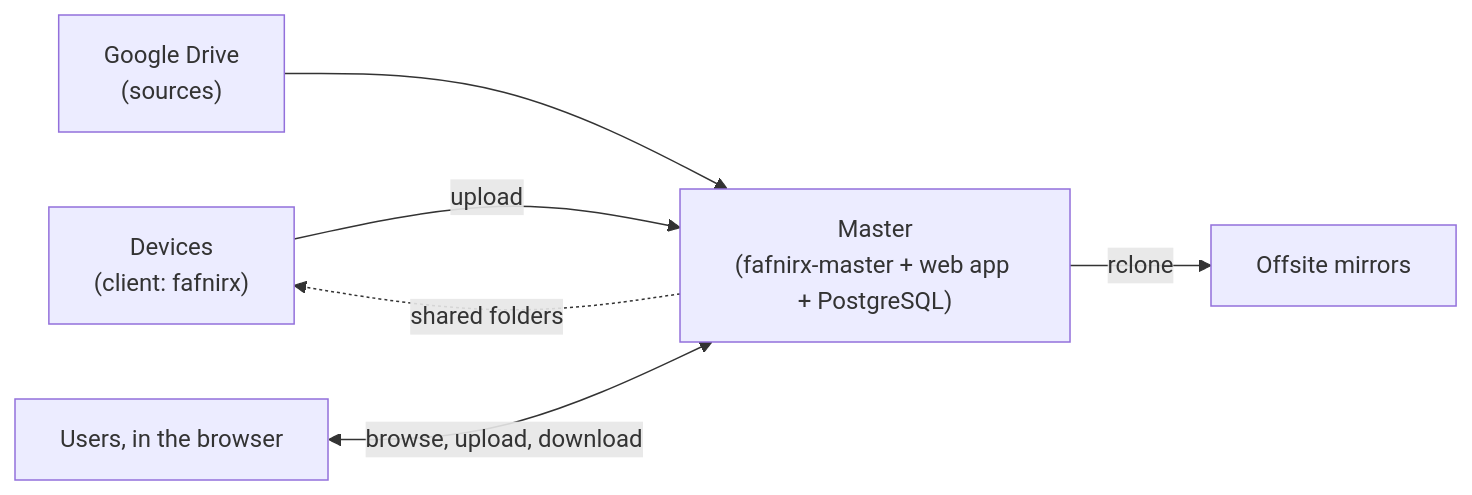
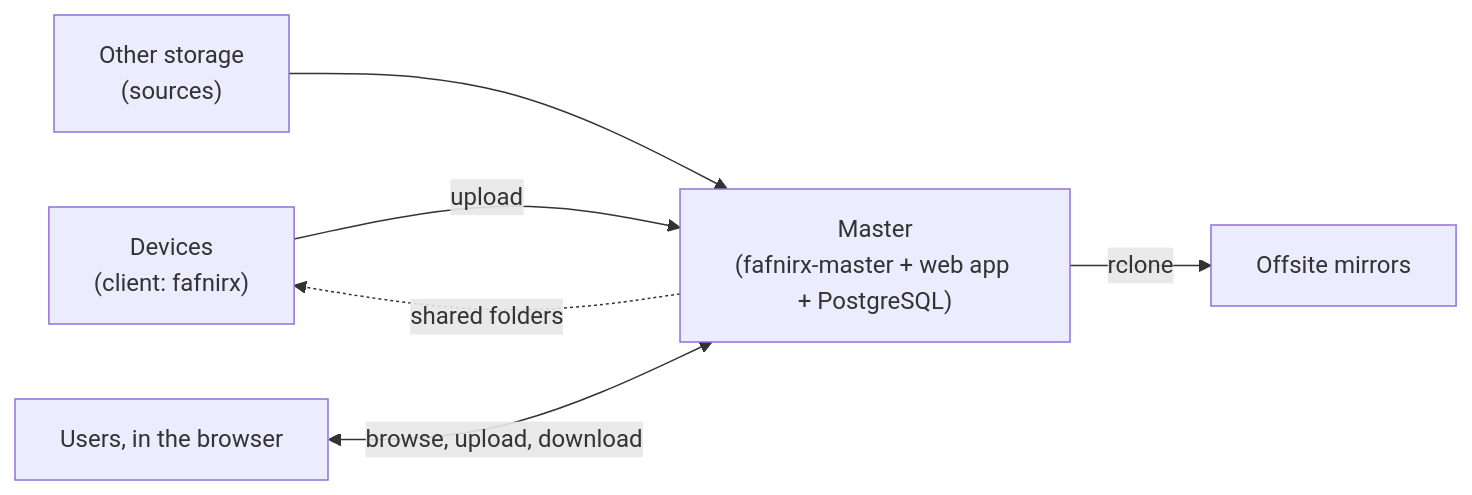
One commit to jameelhamdan/fafnirx changed the diagram in README.md. Above: the diagram before and after it, drawn with Mermaid. The commit also changed other lines of this file and 113 other files, not shown here.

````diff
--- a/README.md
+++ b/README.md
@@ -7,8 +7,8 @@
 ```mermaid
 flowchart LR
     D["Devices<br/>(client: fafnirx)"] -->|"upload"| M["Master<br/>(fafnirx-master + web app + PostgreSQL)"]
     M -.->|"shared folders"| D
-    G["Google Drive<br/>(sources)"] --> M
+    G["Other storage<br/>(sources)"] --> M
     U["Users, in the browser"] <-->|"browse, upload, download"| M
     M -->|"rclone"| O["Offsite mirrors"]
 ```
````
